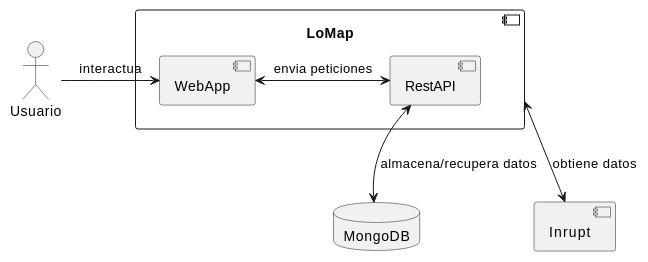
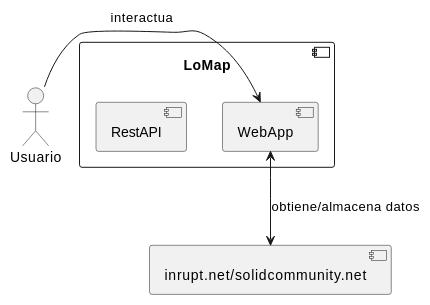
The second of 2 diagrams in docs/05_building_block_view.adoc (Arquisoft/lomap_es5a), drawn with PlantUML before and after one commit. The commit also changed other lines of this file, not shown here.

Commit message:
Fix punto 5 (Level 1)

```diff
--- a/docs/05_building_block_view.adoc
+++ b/docs/05_building_block_view.adoc
@@ -36,16 +36,13 @@
-[plantuml, "level-2", png]
+[plantuml, "level-1", png]
 ----
 actor Usuario
 Component LoMap {
   Component web as "WebApp"
   Component api as "RestAPI"
 }
-Database db as "MongoDB"
-Component pod as "Inrupt"
+Component pod as "inrupt.net/solidcommunity.net"
 
 Usuario -right-> web: interactua
-web <-right-> api: envia peticiones
-api <-down-> db: almacena/recupera datos
 
-LoMap <-down-> pod: obtiene datos
+web <-down-> pod: obtiene/almacena datos
 ----
```
